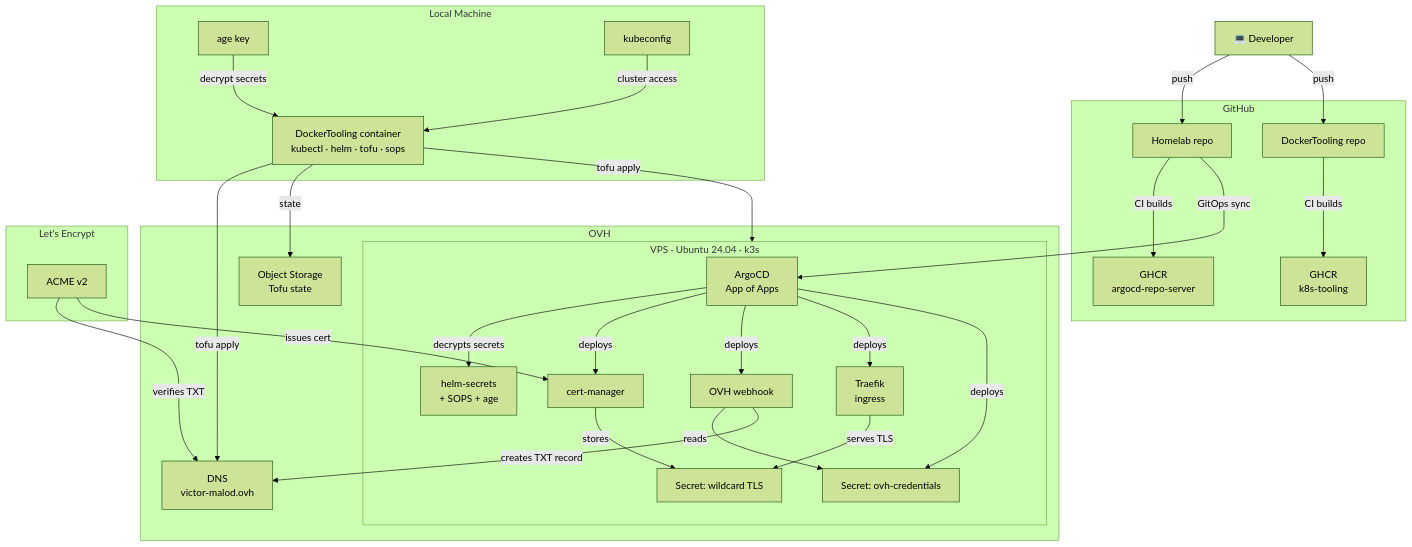
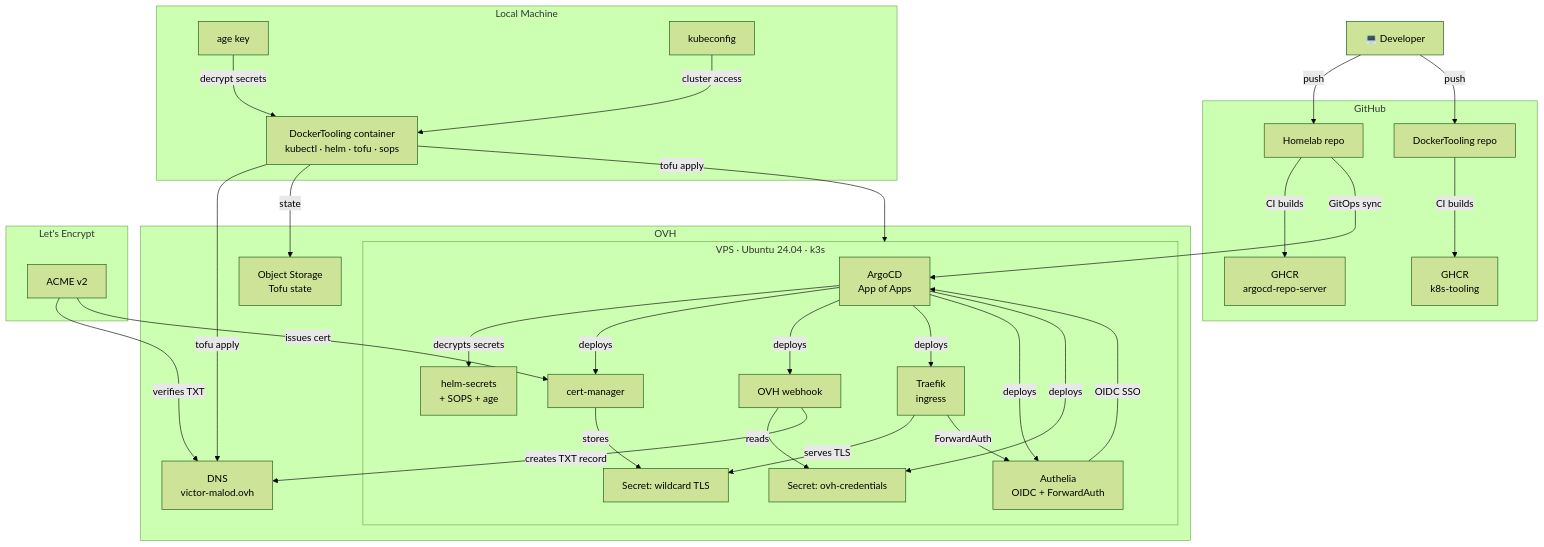
Before and after one commit to VictorMalodPortfolio/.github: the diagram in profile/README.md, drawn with Mermaid (forest theme).

Commit message:
docs: add Authelia to architecture diagram

````diff
--- a/profile/README.md
+++ b/profile/README.md
@@ -41,58 +41,62 @@
 ```mermaid
 graph TD
     dev["💻 Developer"]
 
     subgraph local["Local Machine"]
         tooling["DockerTooling container\nkubectl · helm · tofu · sops"]
         age["age key"]
         kubeconfig["kubeconfig"]
     end
 
     subgraph github["GitHub"]
         homelab_repo["Homelab repo"]
         docker_repo["DockerTooling repo"]
         ghcr_tooling["GHCR\nk8s-tooling"]
         ghcr_reposerver["GHCR\nargocd-repo-server"]
     end
 
     subgraph ovh["OVH"]
         dns["DNS\nvictor-malod.ovh"]
         s3["Object Storage\nTofu state"]
 
         subgraph vps["VPS · Ubuntu 24.04 · k3s"]
             argocd["ArgoCD\nApp of Apps"]
             helm_secrets["helm-secrets\n+ SOPS + age"]
             cert_manager["cert-manager"]
             webhook["OVH webhook"]
             traefik["Traefik\ningress"]
+            authelia["Authelia\nOIDC + ForwardAuth"]
             ovh_secret["Secret: ovh-credentials"]
             tls_secret["Secret: wildcard TLS"]
         end
     end
 
     subgraph le["Let's Encrypt"]
         acme["ACME v2"]
     end
 
     dev -->|push| homelab_repo
     dev -->|push| docker_repo
     docker_repo -->|CI builds| ghcr_tooling
     homelab_repo -->|CI builds| ghcr_reposerver
     homelab_repo -->|GitOps sync| argocd
     argocd -->|decrypts secrets| helm_secrets
     argocd -->|deploys| cert_manager
     argocd -->|deploys| webhook
     argocd -->|deploys| traefik
+    argocd -->|deploys| authelia
     argocd -->|deploys| ovh_secret
     tooling -->|tofu apply| vps
     tooling -->|tofu apply| dns
     tooling -->|state| s3
     age -->|decrypt secrets| tooling
     kubeconfig -->|cluster access| tooling
     webhook -->|reads| ovh_secret
     webhook -->|creates TXT record| dns
     acme -->|verifies TXT| dns
     acme -->|issues cert| cert_manager
     cert_manager -->|stores| tls_secret
     traefik -->|serves TLS| tls_secret
+    authelia -->|OIDC SSO| argocd
+    traefik -->|ForwardAuth| authelia
 ```
````
